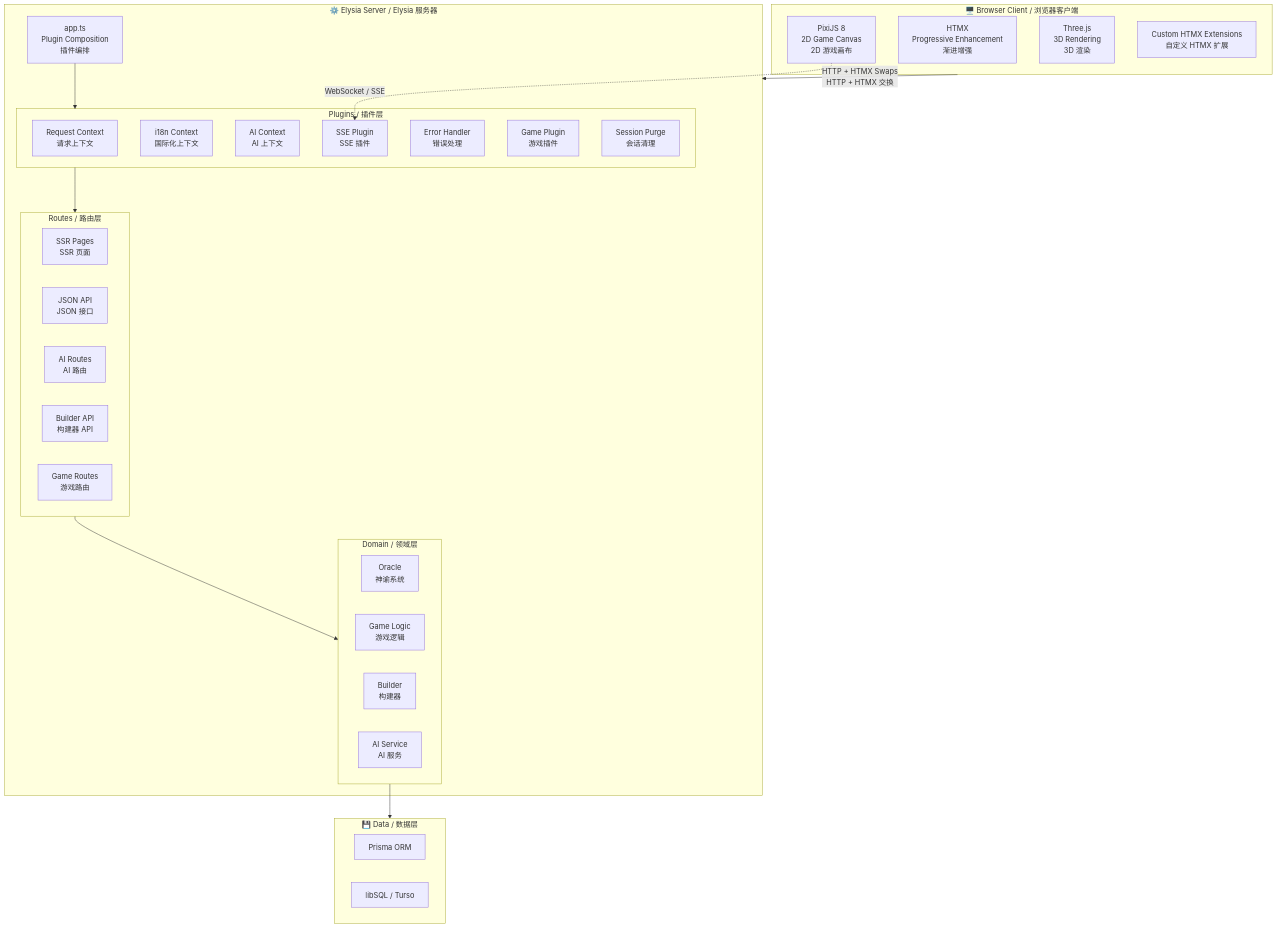
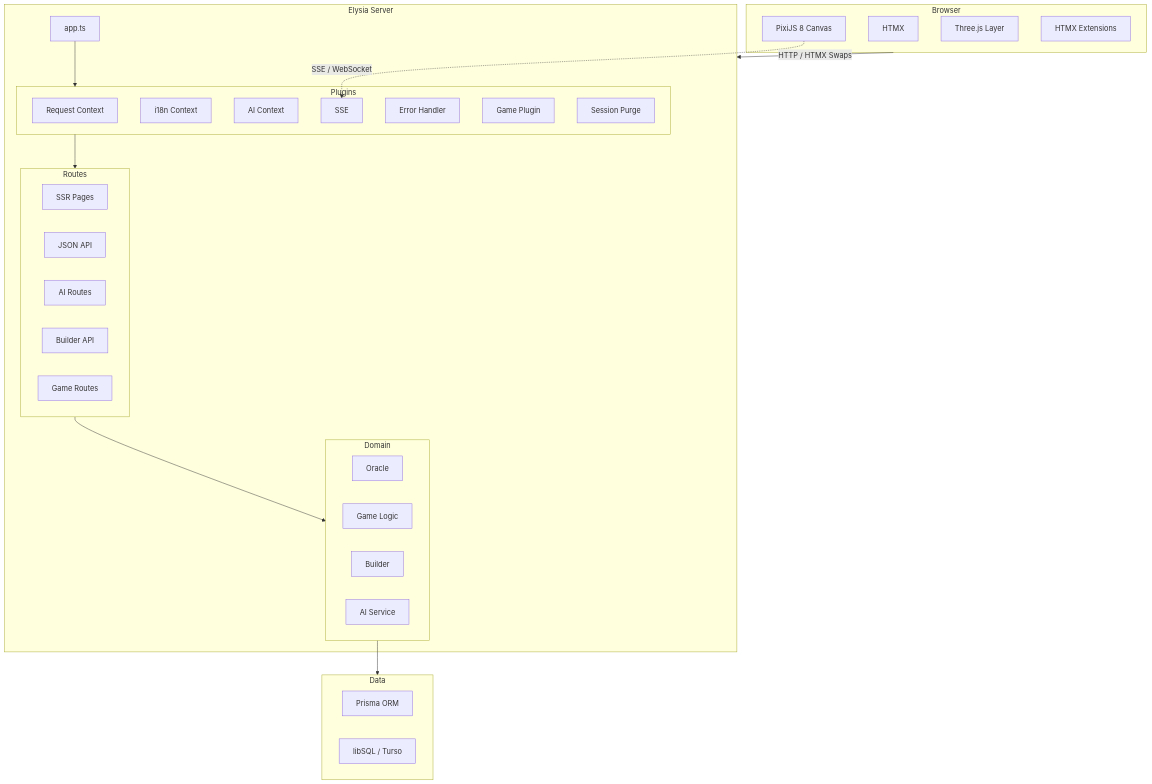
Before and after one commit to d4551/tea: the first of 8 diagrams in README.md, drawn with Mermaid. The commit also changed other lines of this file, not shown here.

````diff
--- a/README.md
+++ b/README.md
@@ -61,50 +87,47 @@
 ```mermaid
 graph TB
-  subgraph Client["🖥️ Browser Client / 浏览器客户端"]
-    HTMX["HTMX<br/>Progressive Enhancement<br/>渐进增强"]
-    PIXI["PixiJS 8<br/>2D Game Canvas<br/>2D 游戏画布"]
-    THREE["Three.js<br/>3D Rendering<br/>3D 渲染"]
-    EXT["Custom HTMX Extensions<br/>自定义 HTMX 扩展"]
+  subgraph Browser["Browser"]
+    HTMX["HTMX"]
+    PIXI["PixiJS 8 Canvas"]
+    THREE["Three.js Layer"]
+    EXT["HTMX Extensions"]
   end
 
-  subgraph Server["⚙️ Elysia Server / Elysia 服务器"]
-    APP["app.ts<br/>Plugin Composition<br/>插件编排"]
+  subgraph Elysia["Elysia Server"]
+    APP["app.ts"]
 
-    subgraph Plugins["Plugins / 插件层"]
-      RC["Request Context<br/>请求上下文"]
-      I18N["i18n Context<br/>国际化上下文"]
-      AI_CTX["AI Context<br/>AI 上下文"]
-      SSE["SSE Plugin<br/>SSE 插件"]
-      ERR["Error Handler<br/>错误处理"]
-      GAME_P["Game Plugin<br/>游戏插件"]
-      SESS["Session Purge<br/>会话清理"]
+    subgraph Plugins
+      RC["Request Context"]
+      I18N["i18n Context"]
+      AIC["AI Context"]
+      SSE["SSE"]
+      ERR["Error Handler"]
+      GP["Game Plugin"]
+      SP["Session Purge"]
     end
 
-    subgraph Routes["Routes / 路由层"]
-      PAGE["SSR Pages<br/>SSR 页面"]
-      API["JSON API<br/>JSON 接口"]
-      AI_R["AI Routes<br/>AI 路由"]
-      BUILDER["Builder API<br/>构建器 API"]
-      GAME_R["Game Routes<br/>游戏路由"]
+    subgraph Routes
+      PAGE["SSR Pages"]
+      API["JSON API"]
+      AIR["AI Routes"]
+      BLD["Builder API"]
+      GMR["Game Routes"]
     end
 
-    subgraph Domain["Domain / 领域层"]
-      ORACLE["Oracle<br/>神谕系统"]
-      GAME_D["Game Logic<br/>游戏逻辑"]
-      BUILD_D["Builder<br/>构建器"]
-      AI_D["AI Service<br/>AI 服务"]
+    subgraph Domain
+      ORC["Oracle"]
+      GML["Game Logic"]
+      BDS["Builder"]
+      AIS["AI Service"]
     end
   end
 
-  subgraph Data["💾 Data / 数据层"]
-    PRISMA["Prisma ORM"]
-    LIBSQL["libSQL / Turso"]
+  subgraph Storage["Data"]
+    PRI["Prisma ORM"]
+    SQL["libSQL / Turso"]
   end
 
-  Client -->|"HTTP + HTMX Swaps<br/>HTTP + HTMX 交换"| Server
-  APP --> Plugins
-  Plugins --> Routes
-  Routes --> Domain
-  Domain --> Data
-  PIXI -.->|"WebSocket / SSE"| SSE
+  Browser -->|"HTTP / HTMX Swaps"| Elysia
+  APP --> Plugins --> Routes --> Domain --> Storage
+  PIXI -.->|"SSE / WebSocket"| SSE
 ```
````
